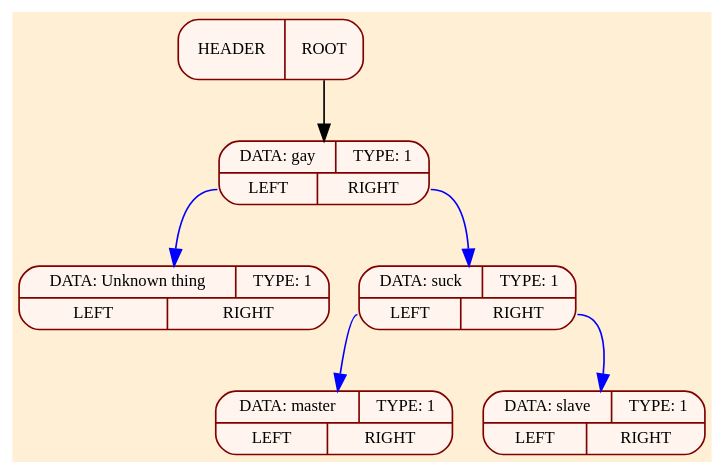
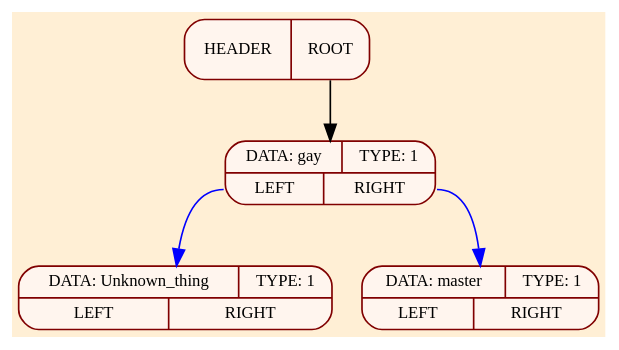
One commit to dmitry131131/Simple_akinator changed the diagram in tree_test.dot. Above: the diagram before and after it, drawn with Graphviz. The commit also changed 5 other files, not shown here.

```diff
--- a/tree_test.dot
+++ b/tree_test.dot
@@ -1,18 +1,14 @@
 digraph G{
 rankdir = TB;
 bgcolor = "#FFEFD5";
 node[color = "#800000", fontsize = 10];
 edge[color = "#800000", fontsize = 15];
 
-105827994173456 [shape = Mrecord, style = filled, fillcolor = "#FFF5EE", color = "#800000", label = " {{DATA: gay | TYPE: 1} | {<fl> LEFT | <fr> RIGHT}} "];
-105827994173584 [shape = Mrecord, style = filled, fillcolor = "#FFF5EE", color = "#800000", label = " {{DATA: Unknown thing | TYPE: 1} | {<fl> LEFT | <fr> RIGHT}} "];
-105827994173456:<fl> -> 105827994173584 [weight = 1, color = "#0000ff"];
-105827994173520 [shape = Mrecord, style = filled, fillcolor = "#FFF5EE", color = "#800000", label = " {{DATA: suck | TYPE: 1} | {<fl> LEFT | <fr> RIGHT}} "];
-105827994173456:<fr> -> 105827994173520 [weight = 1, color = "#0000ff"];
-105827994173712 [shape = Mrecord, style = filled, fillcolor = "#FFF5EE", color = "#800000", label = " {{DATA: master | TYPE: 1} | {<fl> LEFT | <fr> RIGHT}} "];
-105827994173520:<fl> -> 105827994173712 [weight = 1, color = "#0000ff"];
-105827994173648 [shape = Mrecord, style = filled, fillcolor = "#FFF5EE", color = "#800000", label = " {{DATA: slave | TYPE: 1} | {<fl> LEFT | <fr> RIGHT}} "];
+105827994173520 [shape = Mrecord, style = filled, fillcolor = "#FFF5EE", color = "#800000", label = " {{DATA: gay | TYPE: 1} | {<fl> LEFT | <fr> RIGHT}} "];
+105827994173584 [shape = Mrecord, style = filled, fillcolor = "#FFF5EE", color = "#800000", label = " {{DATA: Unknown_thing | TYPE: 1} | {<fl> LEFT | <fr> RIGHT}} "];
+105827994173520:<fl> -> 105827994173584 [weight = 1, color = "#0000ff"];
+105827994173648 [shape = Mrecord, style = filled, fillcolor = "#FFF5EE", color = "#800000", label = " {{DATA: master | TYPE: 1} | {<fl> LEFT | <fr> RIGHT}} "];
 105827994173520:<fr> -> 105827994173648 [weight = 1, color = "#0000ff"];
 All[shape = Mrecord, label = " HEADER | <f1> ROOT", style = "filled", fillcolor = "#FFF5EE"];
-All:<f1> -> 105827994173456 [color = "#000000"];
+All:<f1> -> 105827994173520 [color = "#000000"];
 }
```
